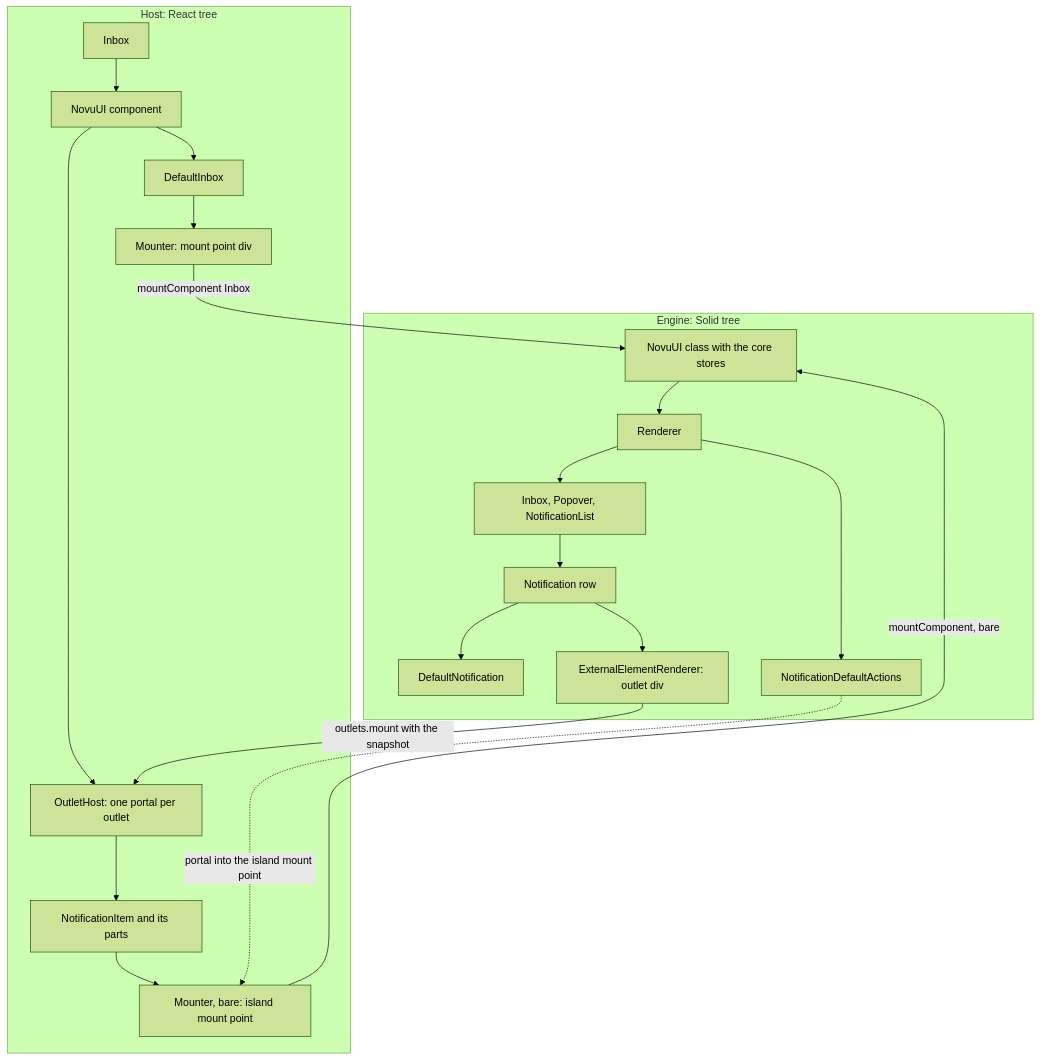
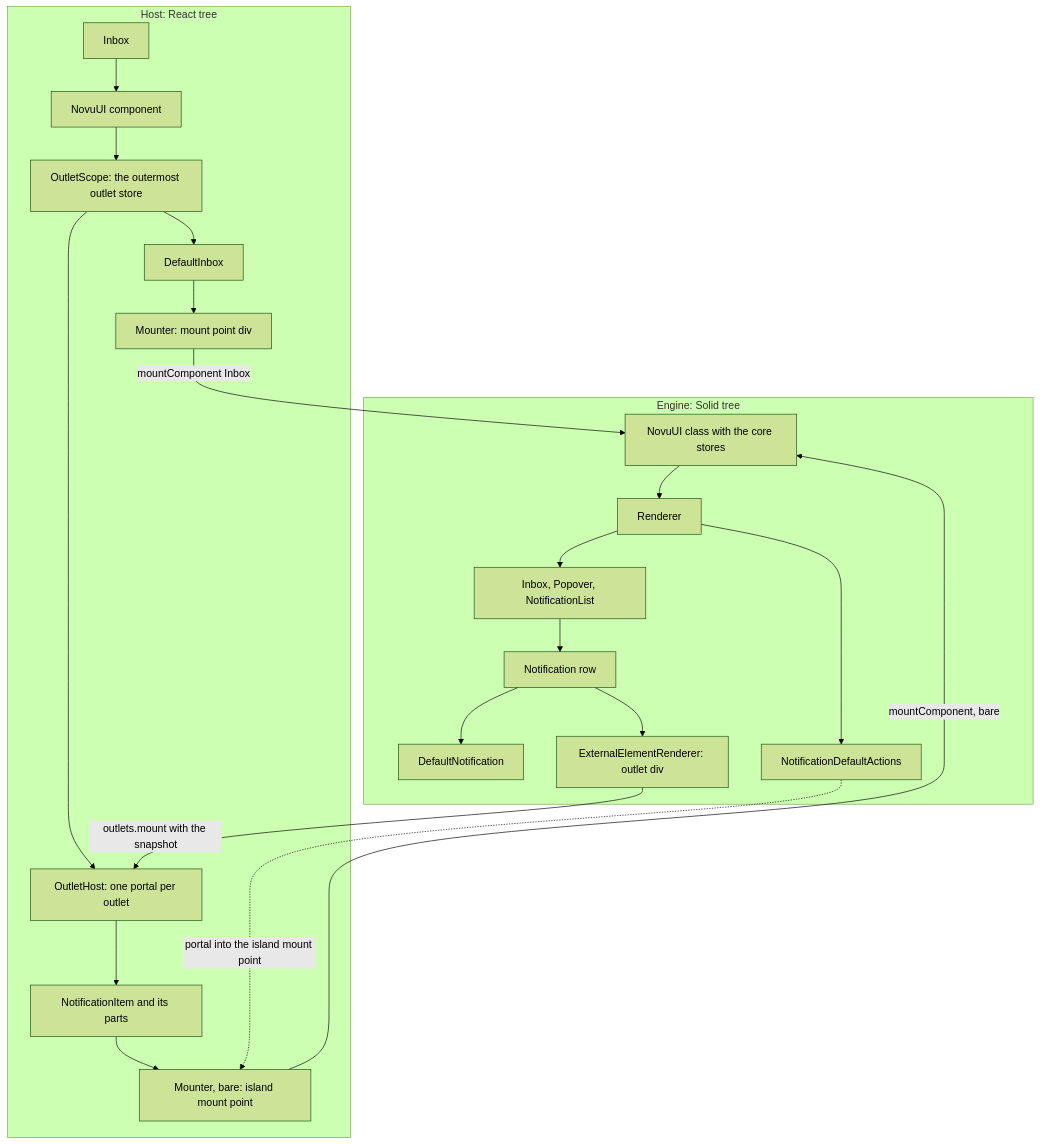
One commit to novuhq/novu changed the first of 6 diagrams in packages/js/docs/inbox-rendering-flows.md. Above: the diagram before and after it, drawn with Mermaid (forest theme). The commit also changed other lines of this file and 16 other files, not shown here.

````diff
--- a/packages/js/docs/inbox-rendering-flows.md
+++ b/packages/js/docs/inbox-rendering-flows.md
@@ -27,22 +27,23 @@
 ```mermaid
 flowchart TB
   subgraph host["Host: React tree"]
     RInbox["Inbox"] --> RNovuUI["NovuUI component"]
-    RNovuUI --> DefaultInbox --> Mounter["Mounter: mount point div"]
-    RNovuUI --> OutletHost["OutletHost: one portal per outlet"]
+    RNovuUI --> Scope["OutletScope: the outermost outlet store"]
+    Scope --> DefaultInbox --> Mounter["Mounter: mount point div"]
+    Scope --> OutletHost["OutletHost: one portal per outlet"]
     OutletHost --> Item["NotificationItem and its parts"]
     Item --> IslandMounter["Mounter, bare: island mount point"]
   end
   subgraph engine["Engine: Solid tree"]
     Engine["NovuUI class with the core stores"] --> Renderer
     Renderer --> SolidInbox["Inbox, Popover, NotificationList"]
     SolidInbox --> Row["Notification row"]
     Row --> Default["DefaultNotification"]
     Row --> Outlet["ExternalElementRenderer: outlet div"]
     Renderer --> Island["NotificationDefaultActions"]
   end
   Mounter -- "mountComponent Inbox" --> Engine
   Outlet -- "outlets.mount with the snapshot" --> OutletHost
   IslandMounter -- "mountComponent, bare" --> Engine
   Island -. "portal into the island mount point" .-> IslandMounter
 ```
````
